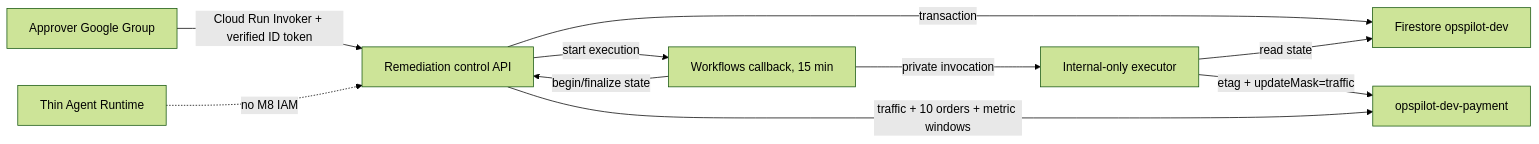
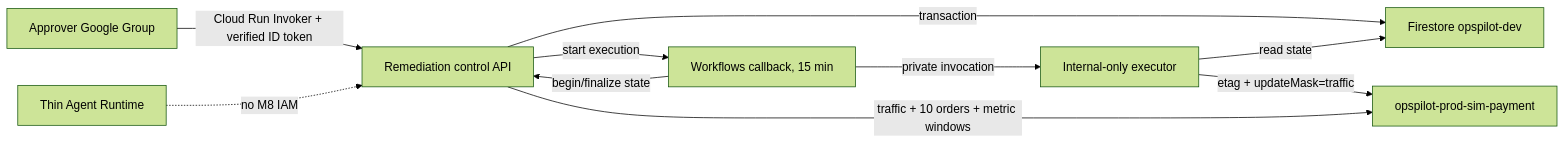
Before and after one commit to rhdqngo/opspilot: the diagram in docs/operations/remediation.md, drawn with Mermaid (forest theme). The commit also changed other lines of this file and 26 other files, not shown here.

````diff
--- a/docs/operations/remediation.md
+++ b/docs/operations/remediation.md
@@ -11,12 +15,12 @@
 ```mermaid
 flowchart LR
   A["Approver Google Group"] -->|"Cloud Run Invoker + verified ID token"| C["Remediation control API"]
   C -->|"transaction"| F["Firestore opspilot-dev"]
   C -->|"start execution"| W["Workflows callback, 15 min"]
   W -->|"private invocation"| X["Internal-only executor"]
-  X -->|"etag + updateMask=traffic"| P["opspilot-dev-payment"]
+  X -->|"etag + updateMask=traffic"| P["opspilot-prod-sim-payment"]
   X -->|"read state"| F
   W -->|"begin/finalize state"| C
   C -->|"traffic + 10 orders + metric windows"| P
   R["Thin Agent Runtime"] -. "no M8 IAM" .-> C
 ```
````
